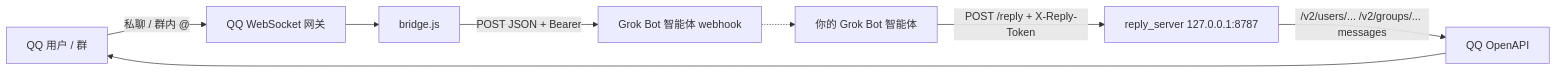
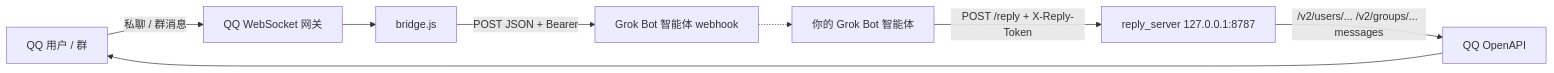
The diagram in README.md (XiaoMa3413/qq-grokbot-bridge), drawn with Mermaid before and after one commit. The commit also changed other lines of this file and 5 other files, not shown here.

````diff
--- a/README.md
+++ b/README.md
@@ -8,10 +8,10 @@
 ```mermaid
 flowchart LR
-  QQ[QQ 用户 / 群] -->|私聊 / 群内 @| GW[QQ WebSocket 网关]
+  QQ[QQ 用户 / 群] -->|私聊 / 群消息| GW[QQ WebSocket 网关]
   GW --> B[bridge.js]
   B -->|POST JSON + Bearer| W[Grok Bot 智能体 webhook]
   W -.-> A[你的 Grok Bot 智能体]
   A -->|POST /reply + X-Reply-Token| R[reply_server 127.0.0.1:8787]
   R -->|/v2/users/... /v2/groups/... messages| API[QQ OpenAPI]
   API --> QQ
 ```
````
